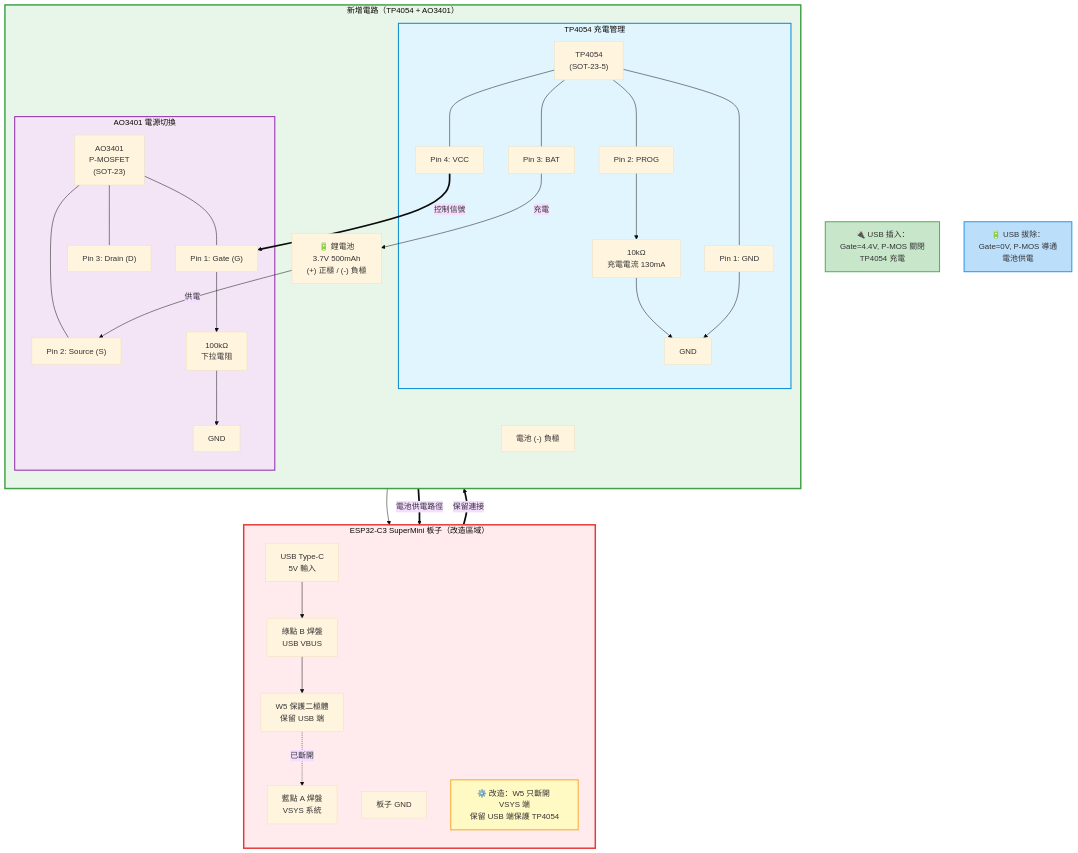
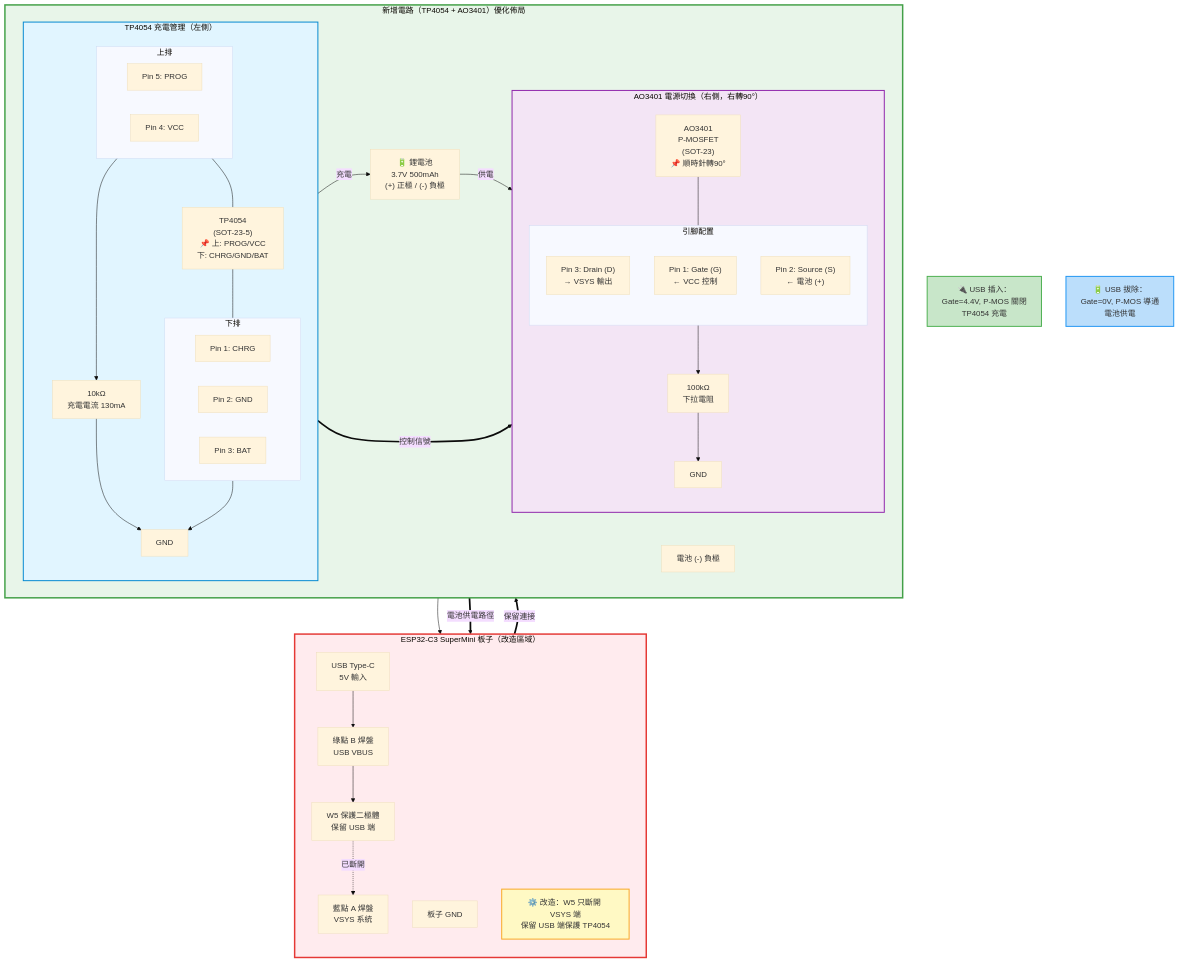
Before and after one commit to DanielYJHsieh/esp32c3: the third of 7 diagrams in battery_management/hardware/WIRING_DIAGRAM.md, drawn with Mermaid (base theme). The commit also changed other lines of this file, not shown here.

Commit message:
優化電池管理佈局說明：添加 mermaid 物理佈局圖，展示 TP4054(Pin5/4上 Pin1/2/3下) 和 AO3401(右轉90度) 的優化配置

```diff
--- a/battery_management/hardware/WIRING_DIAGRAM.md
+++ b/battery_management/hardware/WIRING_DIAGRAM.md
@@ -236,46 +352,62 @@
         NOTE1["⚙️ 改造：W5 只斷開 VSYS 端<br/>保留 USB 端保護 TP4054"]:::noteStyle
     end
     
-    subgraph NEW_CIRCUIT["新增電路（TP4054 + AO3401）"]
-        direction TB
+subgraph NEW_CIRCUIT["新增電路（TP4054 + AO3401）優化佈局"]
+        direction LR
         
-        subgraph TP4054_BLOCK["TP4054 充電管理"]
-            TP4054["TP4054<br/>(SOT-23-5)"]
-            TP_VCC["Pin 4: VCC"]
-            TP_BAT["Pin 3: BAT"]
-            TP_PROG["Pin 2: PROG"]
-            TP_GND["Pin 1: GND"]
+        subgraph TP4054_BLOCK["TP4054 充電管理（左側）"]
+            direction TB
+            
+            subgraph TP4054_TOP["上排"]
+                direction LR
+                TP_PROG["Pin 5: PROG"]
+                TP_VCC["Pin 4: VCC"]
+            end
+            
+            TP4054_IC["TP4054<br/>(SOT-23-5)<br/>📌 上: PROG/VCC<br/>下: CHRG/GND/BAT"]
+            
+            subgraph TP4054_BOTTOM["下排"]
+                direction LR
+                TP_CHRG["Pin 1: CHRG"]
+                TP_GND["Pin 2: GND"]
+                TP_BAT["Pin 3: BAT"]
+            end
+            
+            TP4054_TOP --- TP4054_IC
+            TP4054_IC --- TP4054_BOTTOM
+            
             R_PROG["10kΩ<br/>充電電流 130mA"]
-            
-            TP4054 --- TP_VCC
-            TP4054 --- TP_BAT
-            TP4054 --- TP_PROG
-            TP4054 --- TP_GND
             TP_PROG --> R_PROG
             R_PROG --> GND1["GND"]
             TP_GND --> GND1
-        end
-        
-        subgraph AO3401_BLOCK["AO3401 電源切換"]
-            AO3401["AO3401<br/>P-MOSFET<br/>(SOT-23)"]
-            AO_GATE["Pin 1: Gate (G)"]
-            AO_SOURCE["Pin 2: Source (S)"]
-            AO_DRAIN["Pin 3: Drain (D)"]
-            R_GATE["100kΩ<br/>下拉電阻"]
-            
-            AO3401 --- AO_GATE
-            AO3401 --- AO_SOURCE
-            AO3401 --- AO_DRAIN
-            AO_GATE --> R_GATE
-            R_GATE --> GND2["GND"]
         end
         
         BATTERY["🔋 鋰電池<br/>3.7V 500mAh<br/>(+) 正極 / (-) 負極"]
         BAT_NEG["電池 (-) 負極"]
         
         TP_BAT -->|充電| BATTERY
+        BAT_NEG --> PCB_GND
+        
+        subgraph AO3401_BLOCK["AO3401 電源切換（右側，右轉90°）"]
+            direction TB
+            
+            AO3401_IC["AO3401<br/>P-MOSFET<br/>(SOT-23)<br/>📌 順時針轉90°"]
+            
+            subgraph AO3401_PINS["引腳配置"]
+                direction TB
+                AO_DRAIN["Pin 3: Drain (D)<br/>→ VSYS 輸出"]
+                AO_GATE["Pin 1: Gate (G)<br/>← VCC 控制"]
+                AO_SOURCE["Pin 2: Source (S)<br/>← 電池 (+)"]
+            end
+            
+            AO3401_IC --- AO3401_PINS
+            
+            R_GATE["100kΩ<br/>下拉電阻"]
+            AO_GATE --> R_GATE
+            R_GATE --> GND2["GND"]
+        end
+        
         BATTERY -->|供電| AO_SOURCE
-        BAT_NEG --> PCB_GND
     end
     
     %% 連接兩個區域
```
